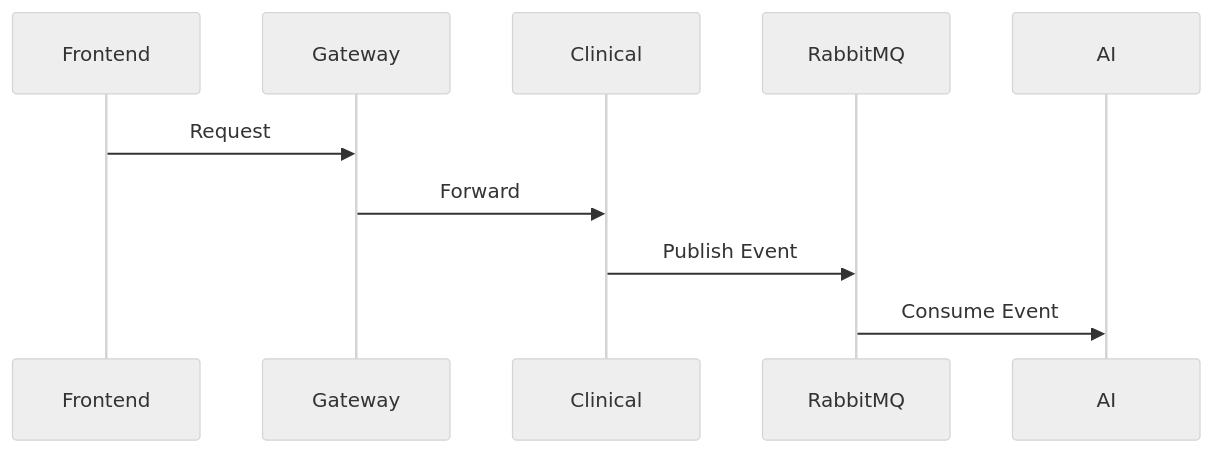
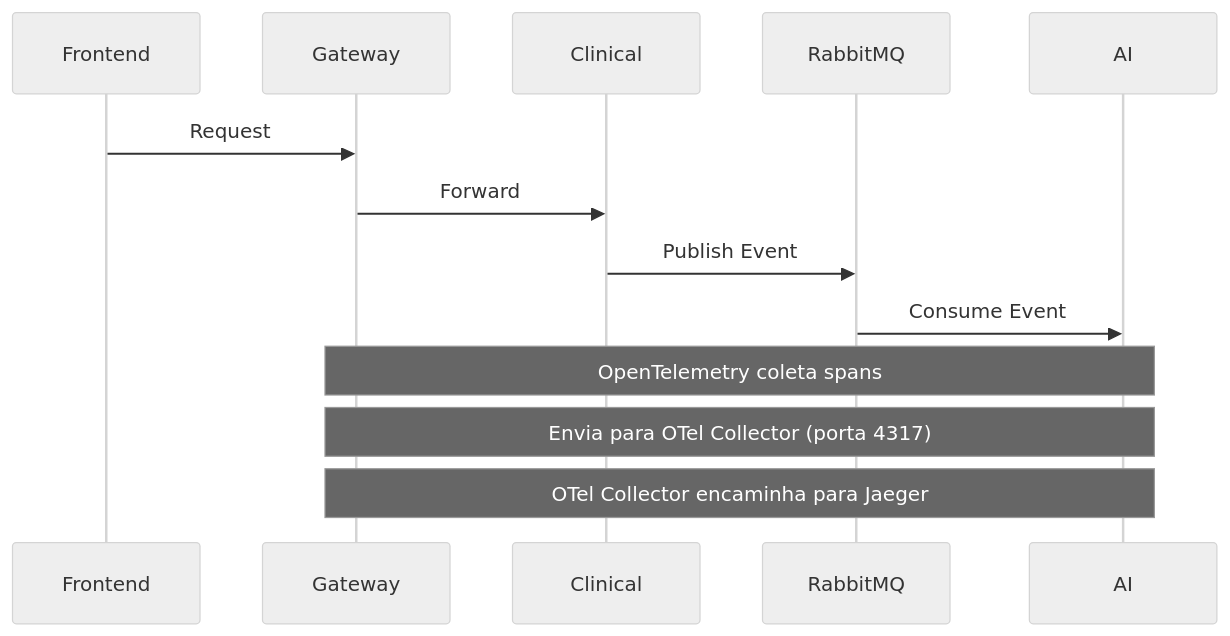
One commit to Carlos-Eduardo-Suassuna-Santiago/PROMPTUARIO_2026 changed the fourth of 4 diagrams in DOCUMENTATION/ETAPA_11_Observabilidade_Distribuida_Prometheus_Grafana_Loki.md. Above: the diagram before and after it, drawn with Mermaid (neutral theme). The commit also changed other lines of this file, not shown here.

````diff
--- a/DOCUMENTATION/ETAPA_11_Observabilidade_Distribuida_Prometheus_Grafana_Loki.md
+++ b/DOCUMENTATION/ETAPA_11_Observabilidade_Distribuida_Prometheus_Grafana_Loki.md
@@ -343,21 +350,18 @@
 ```mermaid
 sequenceDiagram
 
 participant Frontend
-
 participant Gateway
-
 participant Clinical
-
 participant RabbitMQ
-
 participant AI
 
 Frontend->>Gateway: Request
+Gateway->>Clinical: Forward
+Clinical->>RabbitMQ: Publish Event
+RabbitMQ->>AI: Consume Event
 
-Gateway->>Clinical: Forward
-
-Clinical->>RabbitMQ: Publish Event
-
-RabbitMQ->>AI: Consume Event
+Note over Gateway,AI: OpenTelemetry coleta spans
+Note over Gateway,AI: Envia para OTel Collector (porta 4317)
+Note over Gateway,AI: OTel Collector encaminha para Jaeger
 ```
````
